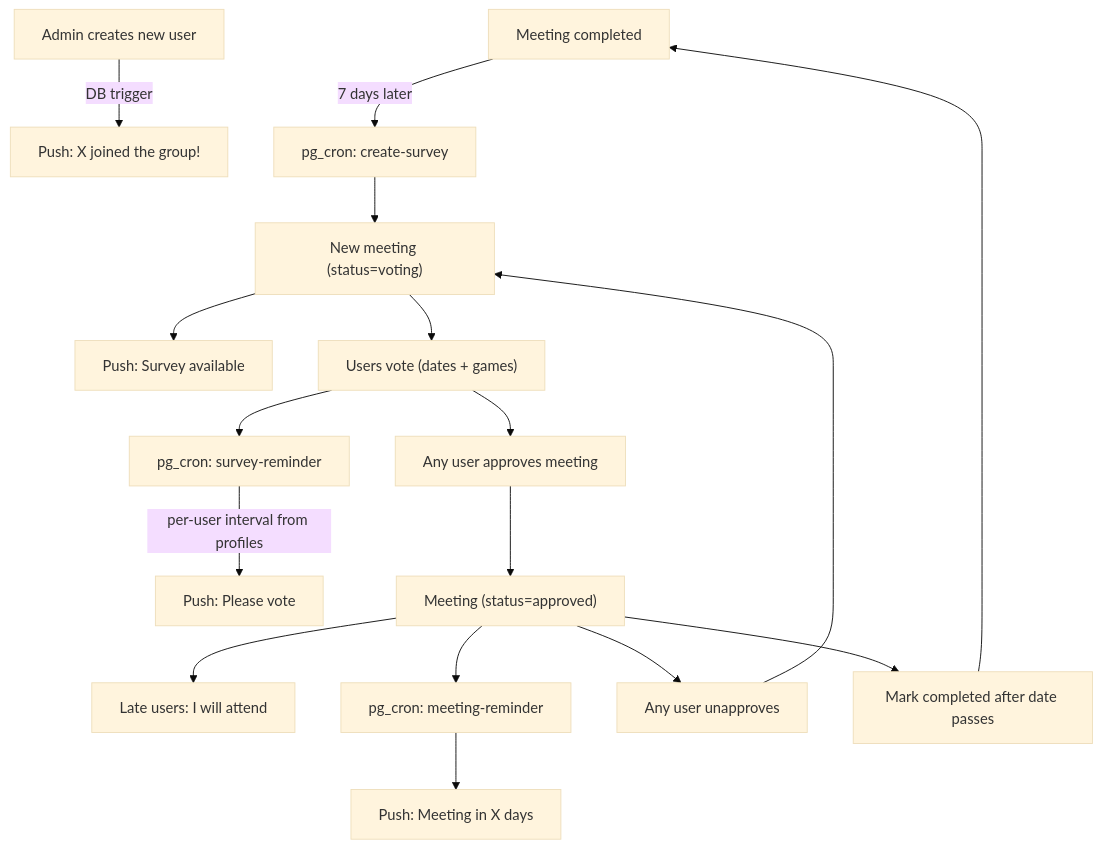
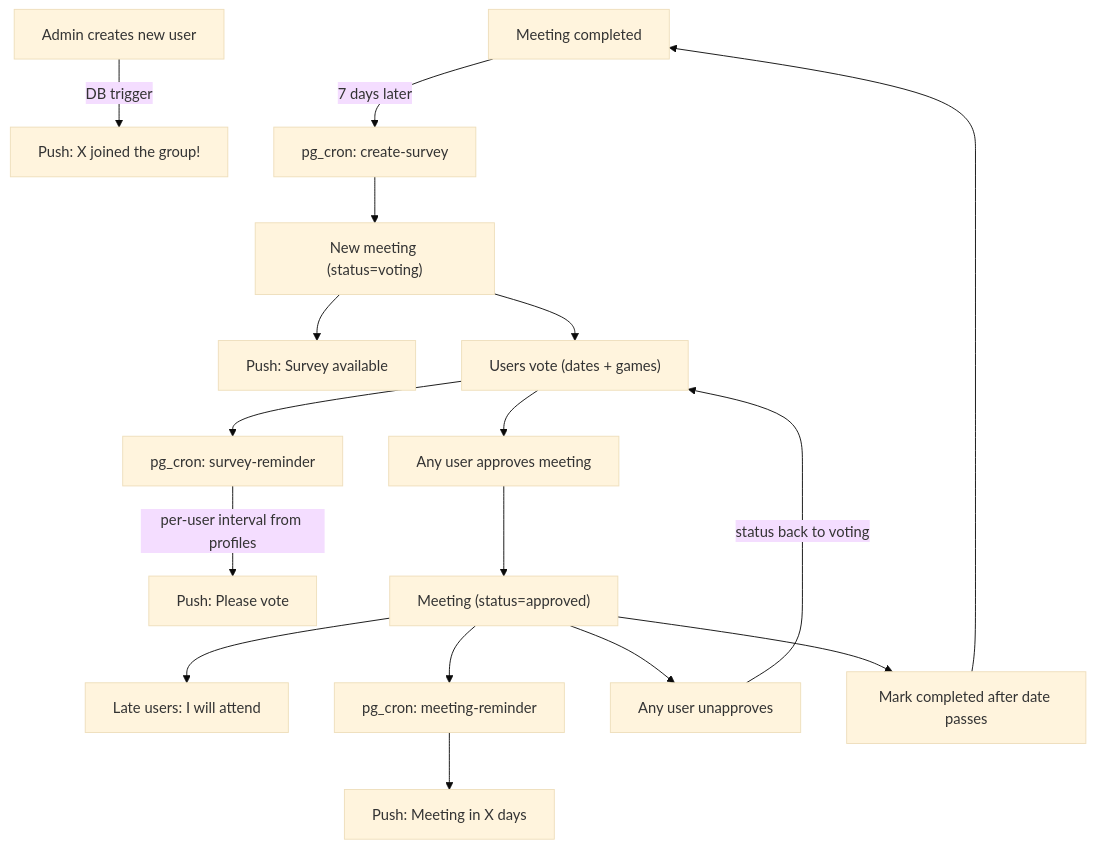
One commit to jacaczap/boardgames changed the second of 2 diagrams in .cursor/plans/boardgames_meeting_planner_a7addda3.plan.md. Above: the diagram before and after it, drawn with Mermaid (base theme). The commit also changed other lines of this file and 36 other files, not shown here.

````diff
--- a/.cursor/plans/boardgames_meeting_planner_a7addda3.plan.md
+++ b/.cursor/plans/boardgames_meeting_planner_a7addda3.plan.md
@@ -235,19 +235,19 @@
 ```mermaid
 flowchart TD
     NewUser["Admin creates new user"] -->|"DB trigger"| PushNewUser["Push: X joined the group!"]
     CompletedMeeting["Meeting completed"] -->|"7 days later"| CronCreateSurvey["pg_cron: create-survey"]
     CronCreateSurvey --> NewSurvey["New meeting (status=voting)"]
     NewSurvey --> PushNotif["Push: Survey available"]
     NewSurvey --> UsersVote["Users vote (dates + games)"]
     UsersVote --> CronReminder["pg_cron: survey-reminder"]
     CronReminder -->|"per-user interval from profiles"| PushRemind["Push: Please vote"]
     UsersVote --> Approve["Any user approves meeting"]
     Approve --> ApprovedMeeting["Meeting (status=approved)"]
     ApprovedMeeting --> LateJoin["Late users: I will attend"]
     ApprovedMeeting --> CronMeetingReminder["pg_cron: meeting-reminder"]
     CronMeetingReminder --> PushMeeting["Push: Meeting in X days"]
     ApprovedMeeting --> Unapprove["Any user unapproves"]
-    Unapprove --> NewSurvey
+    Unapprove -->|"status back to voting"| UsersVote
     ApprovedMeeting --> Complete["Mark completed after date passes"]
     Complete --> CompletedMeeting
 ```
````
